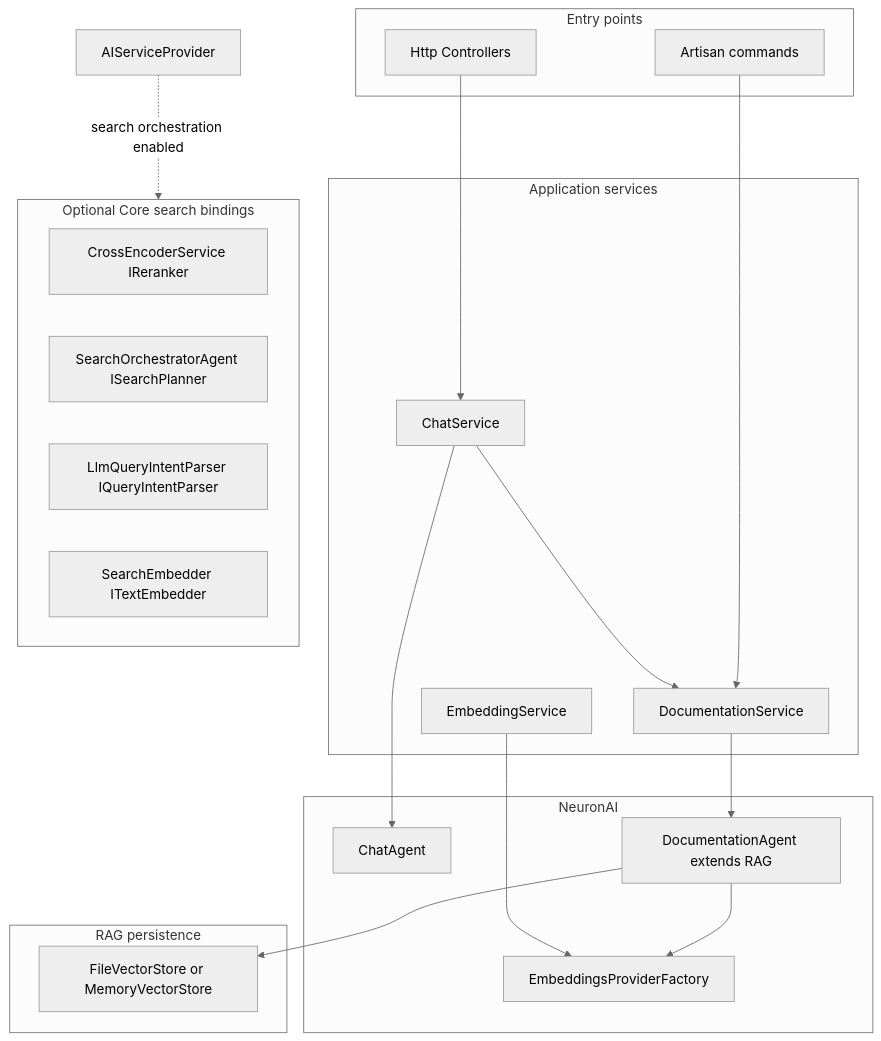
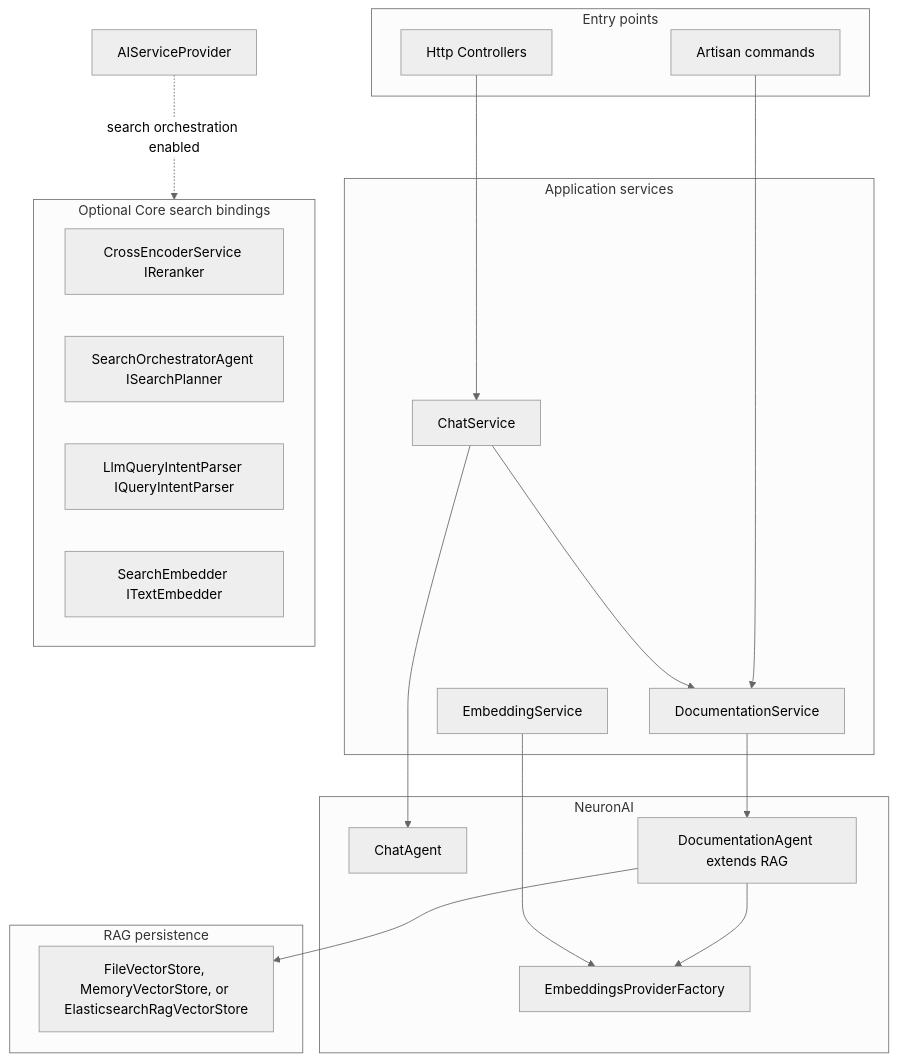
Before and after one commit to swolley/laraplate-ai: the first of 6 diagrams in docs/rag/MODULE.md, drawn with Mermaid (neutral theme). The commit also changed other lines of this file, not shown here.

Commit message:
docs(ai): update RAG module documentation

````diff
--- a/docs/rag/MODULE.md
+++ b/docs/rag/MODULE.md
@@ -11,37 +11,37 @@
 ```mermaid
 flowchart TB
   subgraph entry [Entry points]
     Http[Http Controllers]
     Artisan[Artisan commands]
   end
   subgraph services [Application services]
     ChatSvc[ChatService]
     DocSvc[DocumentationService]
     EmbSvc[EmbeddingService]
   end
   subgraph neuron [NeuronAI]
     ChatAgent[ChatAgent]
     DocAgent[DocumentationAgent extends RAG]
     EmbProv[EmbeddingsProviderFactory]
   end
   subgraph ragPersist [RAG persistence]
-    VecStore[FileVectorStore or MemoryVectorStore]
+    VecStore[FileVectorStore, MemoryVectorStore, or ElasticsearchRagVectorStore]
   end
   subgraph coreSearch [Optional Core search bindings]
     Rerank[CrossEncoderService IReranker]
     Planner[SearchOrchestratorAgent ISearchPlanner]
     Intent[LlmQueryIntentParser IQueryIntentParser]
     Embedder[SearchEmbedder ITextEmbedder]
   end
   Prov[AIServiceProvider]
 
   Http --> ChatSvc
   Artisan --> DocSvc
   DocSvc --> DocAgent
   DocAgent --> EmbProv
   DocAgent --> VecStore
   EmbSvc --> EmbProv
   ChatSvc --> ChatAgent
   ChatSvc --> DocSvc
   Prov -.->|search orchestration enabled| coreSearch
 ```
````
